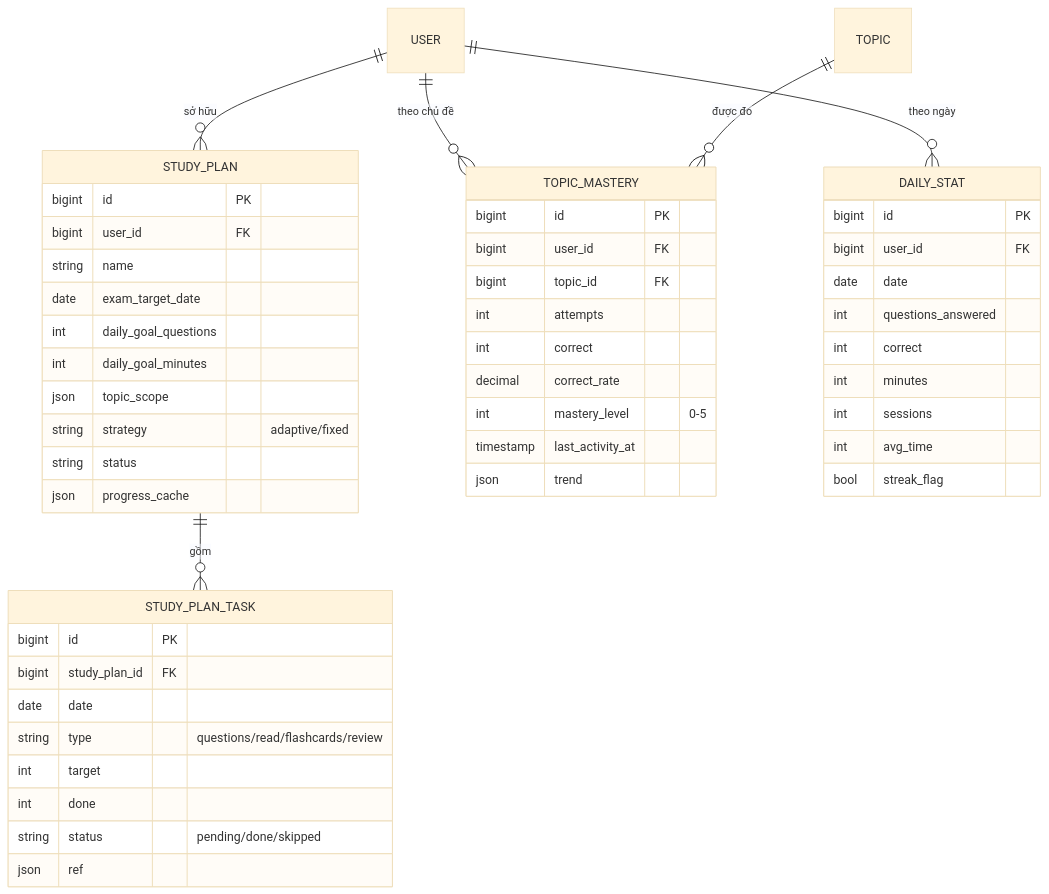
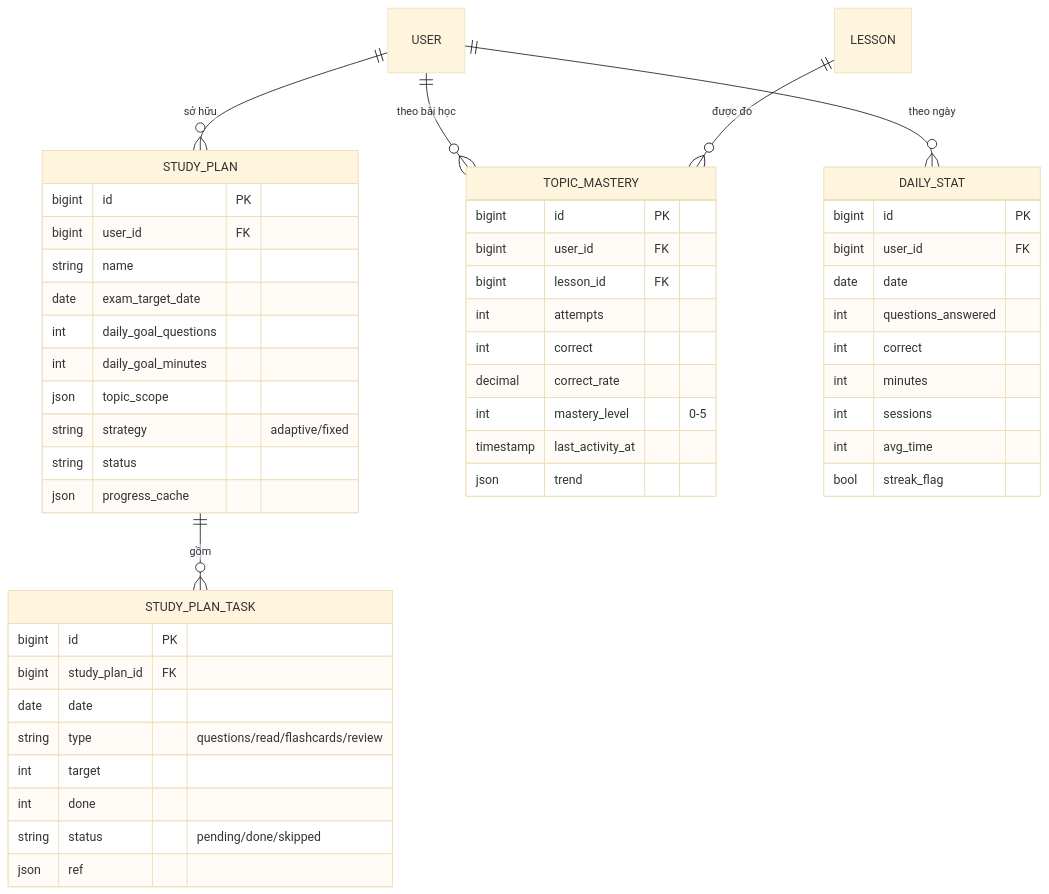
One commit to HongQuanIT/du-an-y-khoa changed the sixth of 9 diagrams in srs/00-nen-tang/10-erd.md. Above: the diagram before and after it, drawn with Mermaid (base theme). The commit also changed other lines of this file and 147 other files, not shown here.

````diff
--- a/srs/00-nen-tang/10-erd.md
+++ b/srs/00-nen-tang/10-erd.md
@@ -445,53 +465,53 @@
 ```mermaid
 erDiagram
     USER ||--o{ STUDY_PLAN : "sở hữu"
     STUDY_PLAN ||--o{ STUDY_PLAN_TASK : "gồm"
-    USER ||--o{ TOPIC_MASTERY : "theo chủ đề"
-    TOPIC ||--o{ TOPIC_MASTERY : "được đo"
+    USER ||--o{ TOPIC_MASTERY : "theo bài học"
+    LESSON ||--o{ TOPIC_MASTERY : "được đo"
     USER ||--o{ DAILY_STAT : "theo ngày"
 
     STUDY_PLAN {
         bigint id PK
         bigint user_id FK
         string name
         date exam_target_date
         int daily_goal_questions
         int daily_goal_minutes
         json topic_scope
         string strategy "adaptive/fixed"
         string status
         json progress_cache
     }
     STUDY_PLAN_TASK {
         bigint id PK
         bigint study_plan_id FK
         date date
         string type "questions/read/flashcards/review"
         int target
         int done
         string status "pending/done/skipped"
         json ref
     }
     TOPIC_MASTERY {
         bigint id PK
         bigint user_id FK
-        bigint topic_id FK
+        bigint lesson_id FK
         int attempts
         int correct
         decimal correct_rate
         int mastery_level "0-5"
         timestamp last_activity_at
         json trend
     }
     DAILY_STAT {
         bigint id PK
         bigint user_id FK
         date date
         int questions_answered
         int correct
         int minutes
         int sessions
         int avg_time
         bool streak_flag
     }
 ```
````
